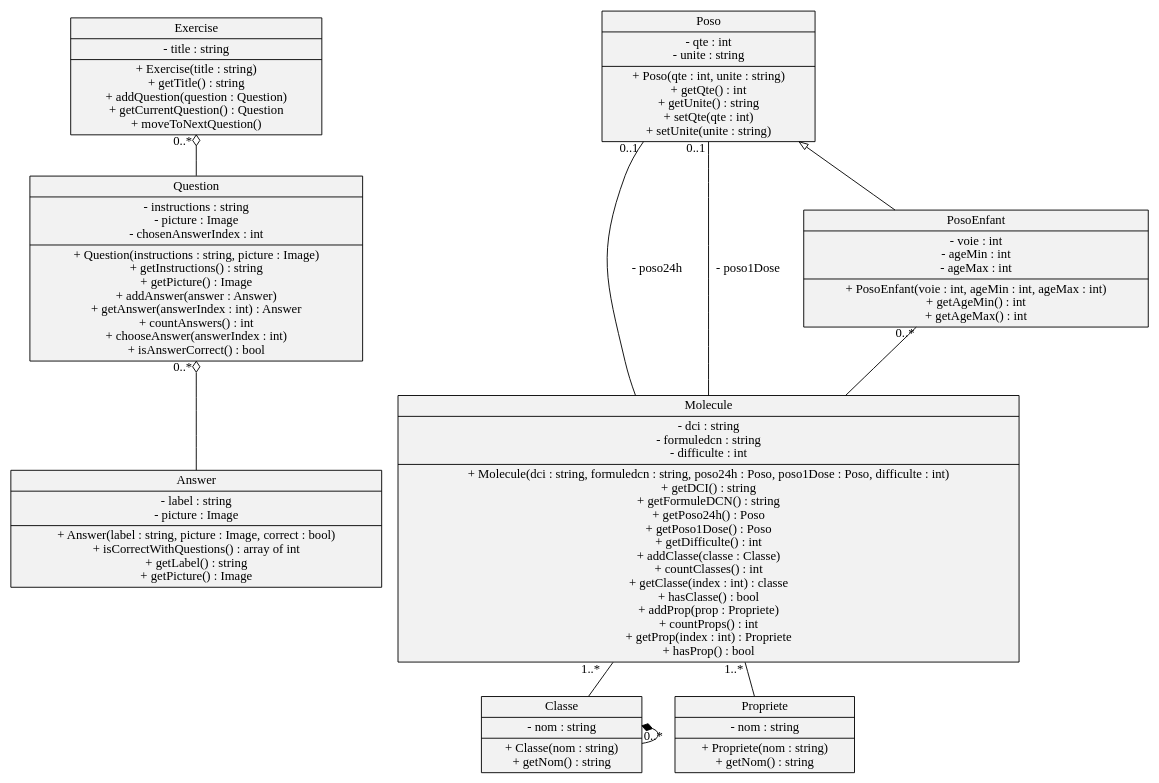
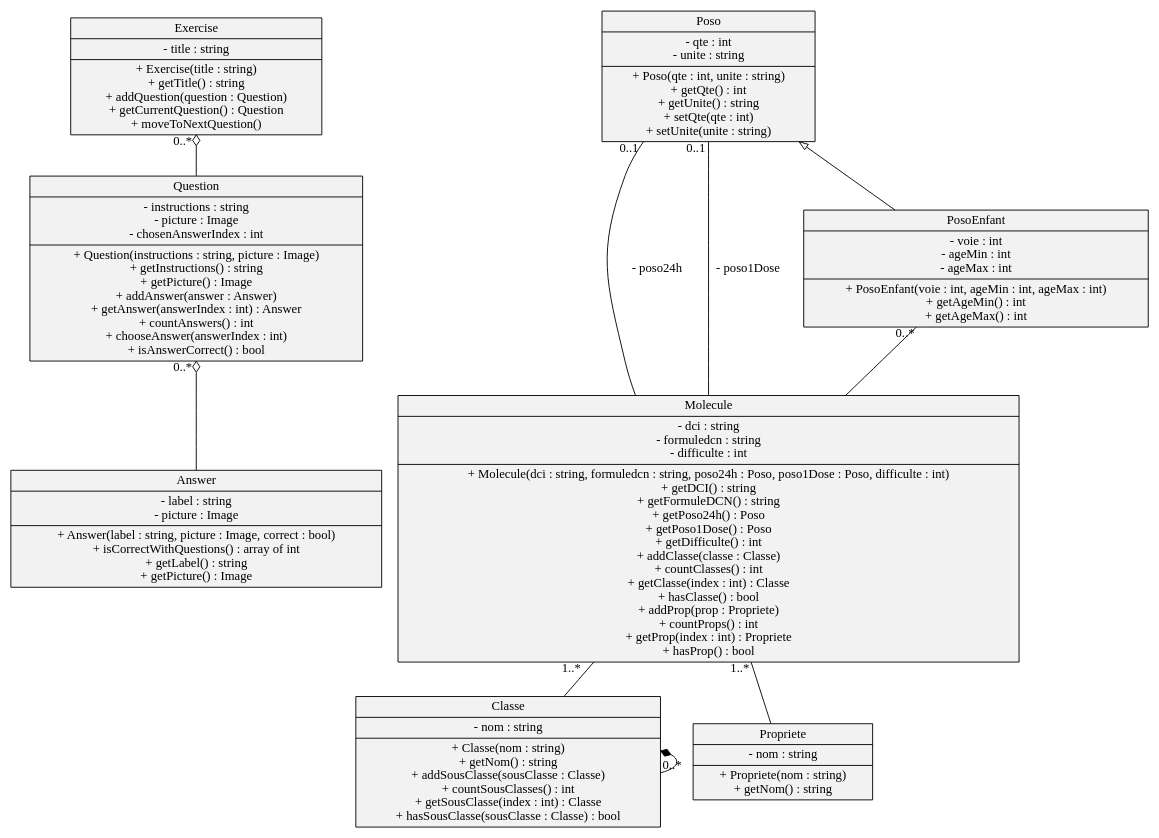
Before and after one commit to Alexis-GOY/pharmatrainer: the diagram in specifications/diag_classes.dot, drawn with Graphviz.

Commit message:
Ajout de méthodes pour Classe

```diff
--- a/specifications/diag_classes.dot
+++ b/specifications/diag_classes.dot
@@ -1,33 +1,33 @@
 digraph hierarchy {
   size="40,40"
   node[shape=record,style=filled,fillcolor=gray95]
   edge[dir=back, arrowtail=none]
 
  Exercise [label = "{Exercise| - title : string| + Exercise(title : string)\n + getTitle() : string\n + addQuestion(question : Question)\n + getCurrentQuestion() : Question\n + moveToNextQuestion()}"]
 
  Question [label = "{Question| - instructions : string\n - picture : Image\n - chosenAnswerIndex : int|+ Question(instructions : string, picture : Image)\n + getInstructions() : string\n+ getPicture() : Image\n + addAnswer(answer : Answer)\n + getAnswer(answerIndex : int) : Answer\n + countAnswers() : int\n + chooseAnswer(answerIndex : int)\n + isAnswerCorrect() : bool}"]
 
  Answer [label = "{Answer| - label : string\n - picture : Image\n|+ Answer(label : string, picture : Image, correct : bool)\n + isCorrectWithQuestions() : array of int\n + getLabel() : string\n + getPicture() : Image}"]
 
- Molecule [label = "{Molecule| - dci : string\n - formuledcn : string\n - difficulte : int| + Molecule(dci : string, formuledcn : string, poso24h : Poso, poso1Dose : Poso, difficulte : int)\n + getDCI() : string\n + getFormuleDCN() : string\n + getPoso24h() : Poso\n + getPoso1Dose() : Poso\n + getDifficulte() : int\n + addClasse(classe : Classe)\n + countClasses() : int\n + getClasse(index : int) : classe\n + hasClasse() : bool\n + addProp(prop : Propriete)\n + countProps() : int\n + getProp(index : int) : Propriete\n + hasProp() : bool\n}"]
+ Molecule [label = "{Molecule| - dci : string\n - formuledcn : string\n - difficulte : int| + Molecule(dci : string, formuledcn : string, poso24h : Poso, poso1Dose : Poso, difficulte : int)\n + getDCI() : string\n + getFormuleDCN() : string\n + getPoso24h() : Poso\n + getPoso1Dose() : Poso\n + getDifficulte() : int\n + addClasse(classe : Classe)\n + countClasses() : int\n + getClasse(index : int) : Classe\n + hasClasse() : bool\n + addProp(prop : Propriete)\n + countProps() : int\n + getProp(index : int) : Propriete\n + hasProp() : bool\n}"]
 
- Classe [label = "{Classe| - nom : string\n| + Classe(nom : string)\n + getNom() : string}"]
+ Classe [label = "{Classe| - nom : string\n| + Classe(nom : string)\n + getNom() : string\n + addSousClasse(sousClasse : Classe)\n + countSousClasses() : int\n + getSousClasse(index : int) : Classe\n + hasSousClasse(sousClasse : Classe) : bool}"]
 
  Propriete [label = "{Propriete| - nom : string\n| + Propriete(nom : string)\n + getNom() : string}"]
 
  Poso [label = "{Poso| - qte : int\n - unite : string| + Poso(qte : int, unite : string)\n + getQte() : int\n + getUnite() : string\n + setQte(qte : int)\n + setUnite(unite : string)}"]
 
  PosoEnfant [label = "{PosoEnfant| - voie : int\n - ageMin : int\n - ageMax : int| + PosoEnfant(voie : int, ageMin : int, ageMax : int)\n + getAgeMin() : int\n + getAgeMax() : int}"]
 
 
 Exercise->Question [arrowtail=odiamond, taillabel="0..* "]
 Question->Answer [arrowtail=odiamond, taillabel="0..* "]
 Molecule->Classe [arrowtail=none, taillabel="1..*   "];
 Molecule->Propriete [arrowtail=none, taillabel="1..*"];
 Poso->PosoEnfant [arrowtail=oarrow] # PosoEnfant hérite de Poso
 Classe->Classe [arrowtail=diamond, headlabel="0..*"]
 Poso->Molecule [arrowtail=none, taillabel="0..1 ", label="- poso24h"]
 Poso->Molecule [arrowtail=none, taillabel="0..1", label="- poso1Dose"]
 PosoEnfant->Molecule [arrowtail=none, taillabel="0..*"]
 
 }
```
